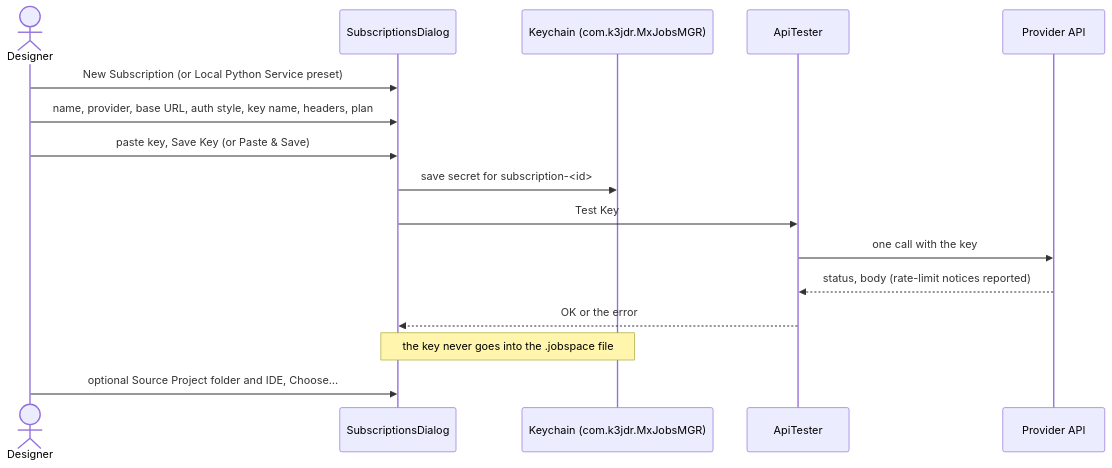
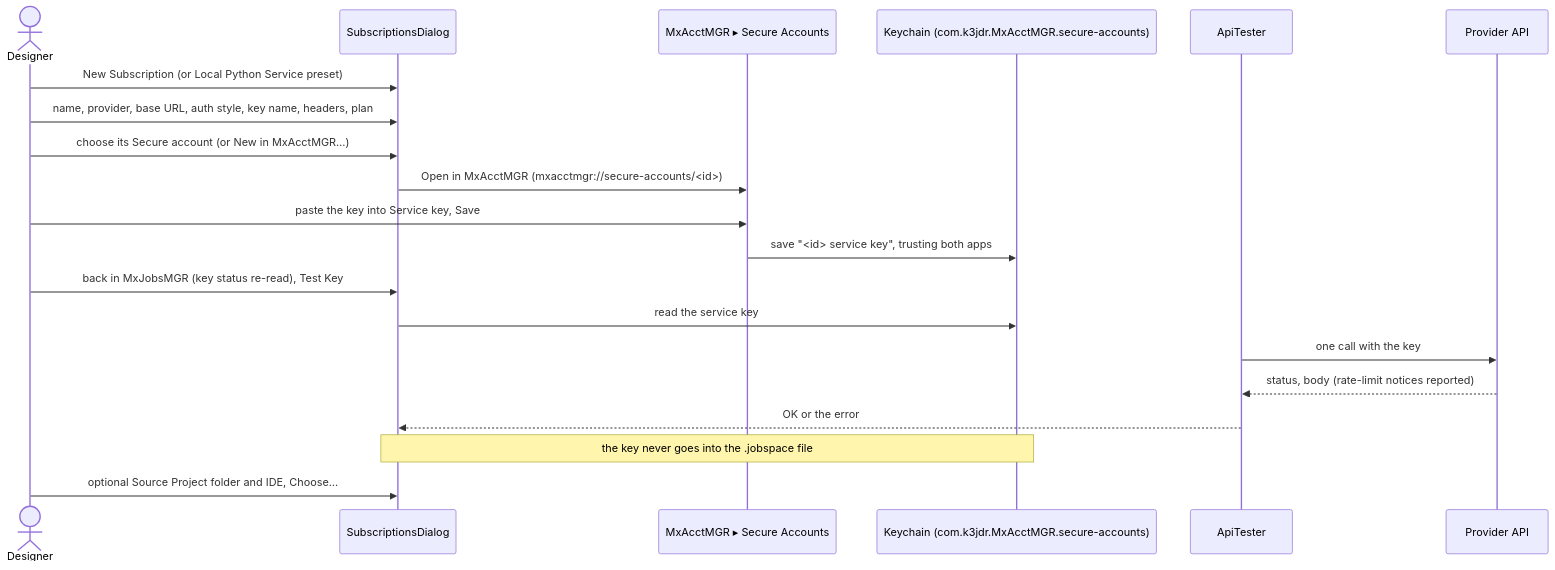
The second of 12 diagrams in MxAppsIDE/MxJobsMGR/c4/workflows.md (k3jdr/Public), drawn with Mermaid before and after one commit. The commit also changed 38 other files, not shown here.

First line of the commit message:
MxAppsIDE: sync MxAppsIOS 413eef8 — API keys are kept by MxAcctMGR Secure Accounts

````diff
--- a/MxAppsIDE/MxJobsMGR/c4/workflows.md
+++ b/MxAppsIDE/MxJobsMGR/c4/workflows.md
@@ -37,19 +37,23 @@
 ```mermaid
 sequenceDiagram
     actor D as Designer
     participant S as SubscriptionsDialog
-    participant K as Keychain (com.k3jdr.MxJobsMGR)
+    participant A as MxAcctMGR ▸ Secure Accounts
+    participant K as Keychain (com.k3jdr.MxAcctMGR.secure-accounts)
     participant T as ApiTester
     participant P as Provider API
 
     D->>S: New Subscription (or Local Python Service preset)
     D->>S: name, provider, base URL, auth style, key name, headers, plan
-    D->>S: paste key, Save Key (or Paste & Save)
-    S->>K: save secret for subscription-<id>
-    S->>T: Test Key
+    D->>S: choose its Secure account (or New in MxAcctMGR…)
+    S->>A: Open in MxAcctMGR (mxacctmgr://secure-accounts/<id>)
+    D->>A: paste the key into Service key, Save
+    A->>K: save "<id> service key", trusting both apps
+    D->>S: back in MxJobsMGR (key status re-read), Test Key
+    S->>K: read the service key
     T->>P: one call with the key
     P-->>T: status, body (rate-limit notices reported)
     T-->>S: OK or the error
     Note over S,K: the key never goes into the .jobspace file
     D->>S: optional Source Project folder and IDE, Choose…
 ```
````
